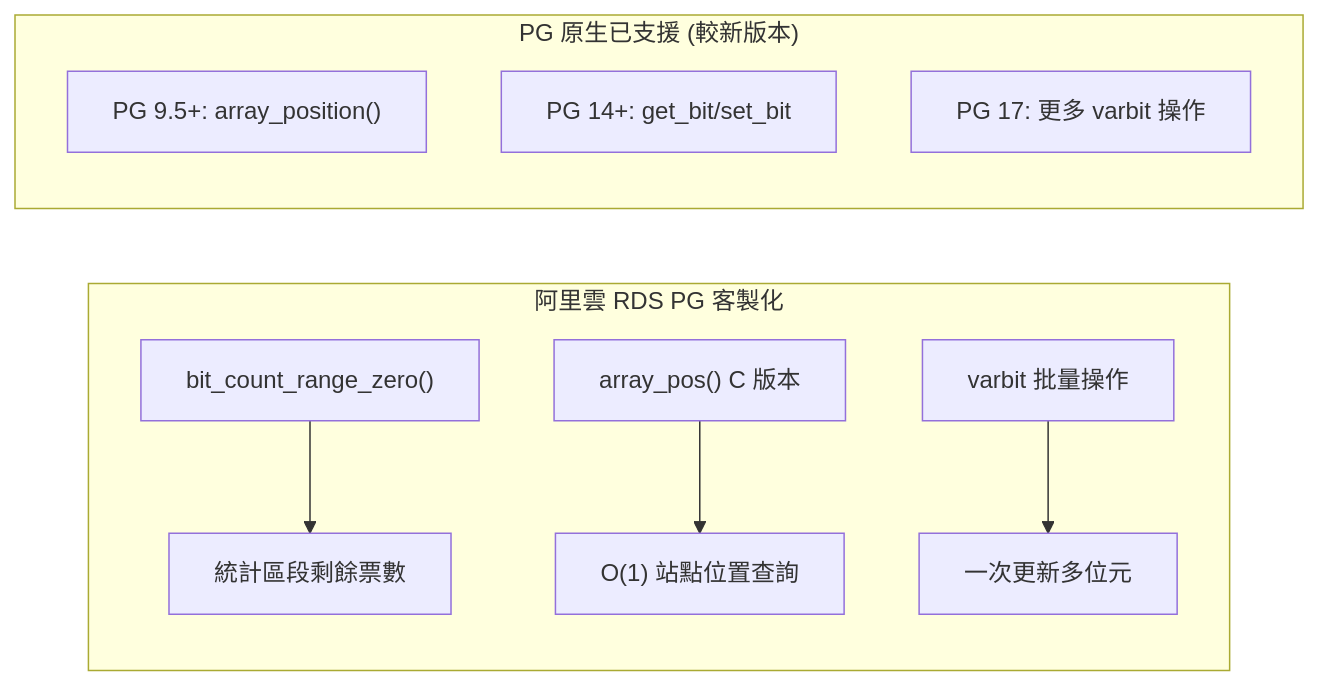
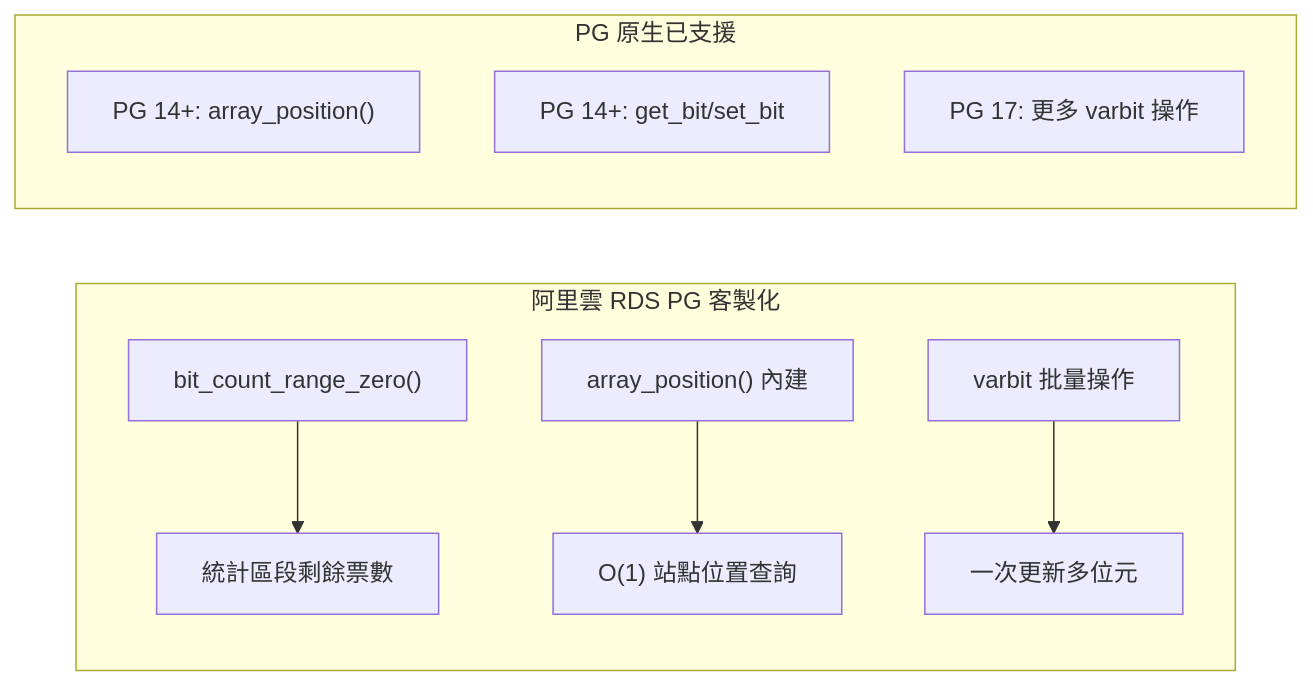
One commit to henry-tpwong/postgresql_note changed diagram 39 of 40 in others/PostgreSQL_Others.md. Above: the diagram before and after it, drawn with Mermaid. The commit also changed other lines of this file, not shown here.

````diff
--- a/others/PostgreSQL_Others.md
+++ b/others/PostgreSQL_Others.md
@@ -3177,14 +4038,14 @@
 ```mermaid
 flowchart LR
     subgraph "阿里雲 RDS PG 客製化"
         C1["bit_count_range_zero()"] --> U1["統計區段剩餘票數"]
-        C2["array_pos() C 版本"] --> U2["O(1) 站點位置查詢"]
+        C2["array_position() 內建"] --> U2["O(1) 站點位置查詢"]
         C3["varbit 批量操作"] --> U3["一次更新多位元"]
     end
     
-    subgraph "PG 原生已支援 (較新版本)"
-        N1["PG 9.5+: array_position()"]
+    subgraph "PG 原生已支援"
+        N1["PG 14+: array_position()"]
         N2["PG 14+: get_bit/set_bit"]
         N3["PG 17: 更多 varbit 操作"]
     end
 ```
````
